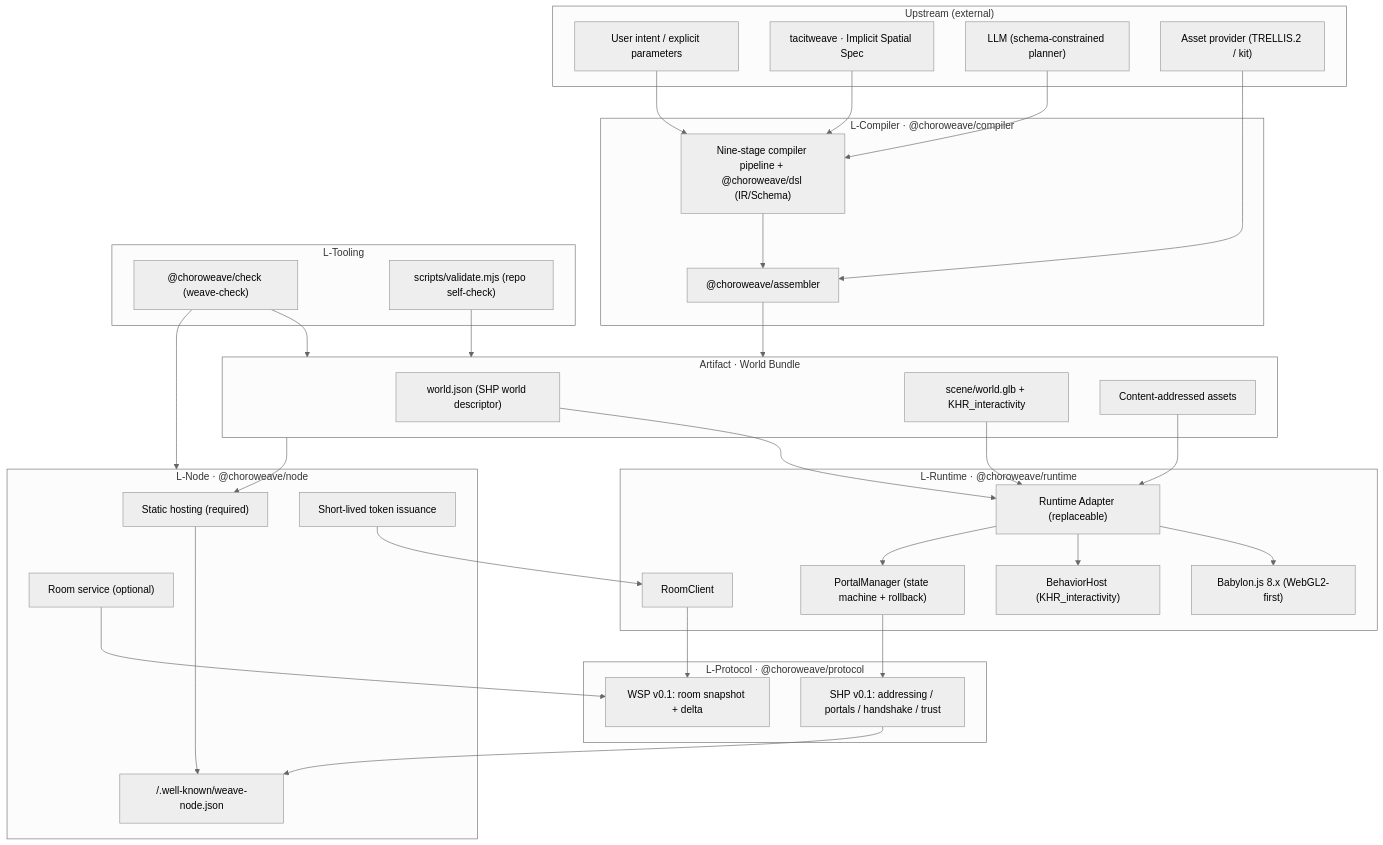
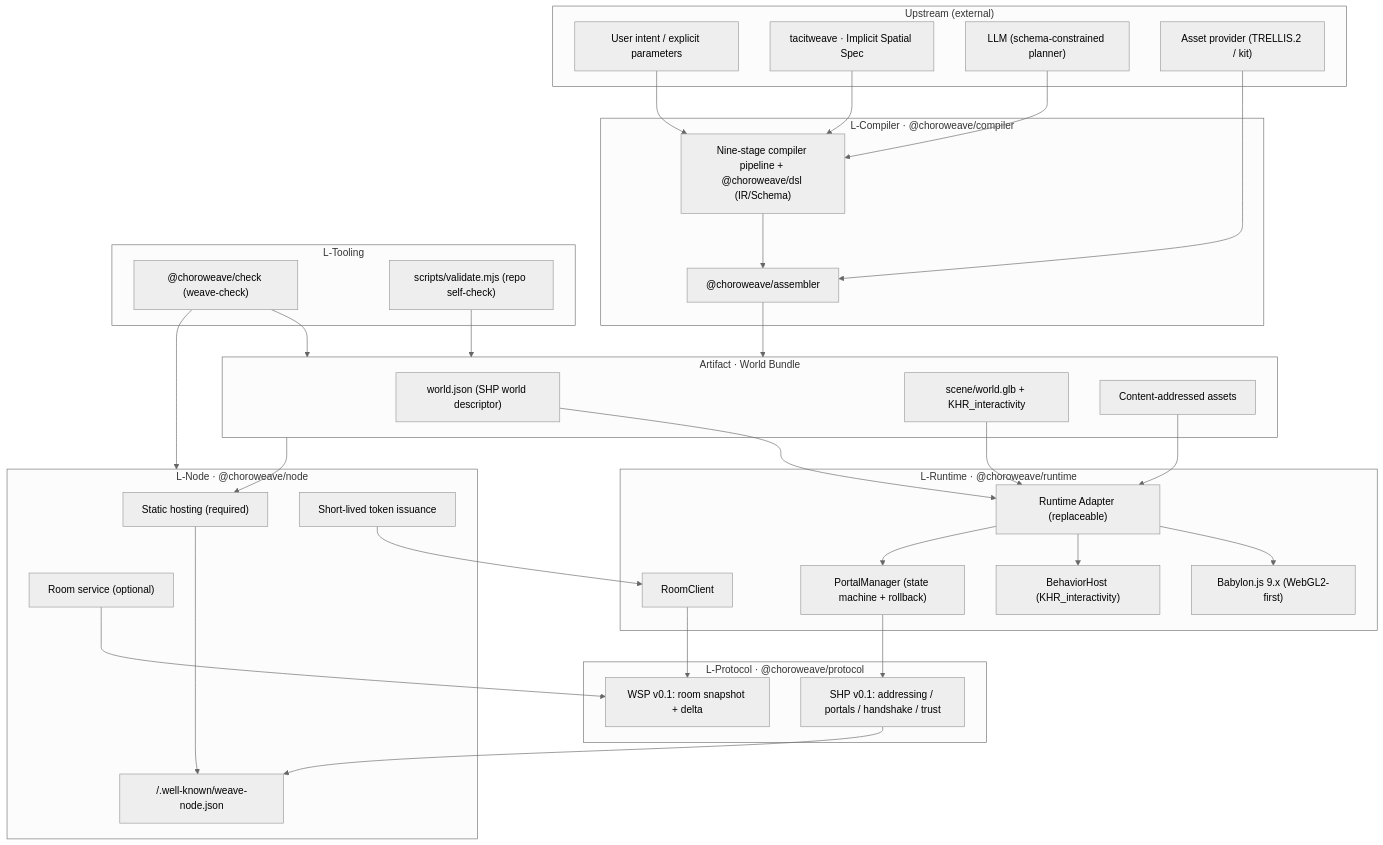
Before and after one commit to haeliotang/choroweave: the first of 4 diagrams in docs/en/03-architecture.md, drawn with Mermaid (neutral theme). The commit also changed other lines of this file and 30 other files, not shown here.

````diff
--- a/docs/en/03-architecture.md
+++ b/docs/en/03-architecture.md
@@ -24,61 +24,61 @@
 ```mermaid
 flowchart TB
   subgraph Inputs["Upstream (external)"]
     USER["User intent / explicit parameters"]
     ISS["tacitweave · Implicit Spatial Spec"]
     LLM["LLM (schema-constrained planner)"]
     GEN["Asset provider (TRELLIS.2 / kit)"]
   end
   subgraph Compiler["L-Compiler · @choroweave/compiler"]
     PIPE["Nine-stage compiler pipeline + @choroweave/dsl (IR/Schema)"]
     ASSEMBLER["@choroweave/assembler"]
   end
   subgraph Artifact["Artifact · World Bundle"]
     MANIFEST["world.json (SHP world descriptor)"]
     SCENE["scene/world.glb + KHR_interactivity"]
     ASSETS["Content-addressed assets"]
   end
   subgraph Protocol["L-Protocol · @choroweave/protocol"]
     SHP["SHP v0.1: addressing / portals / handshake / trust"]
     WSP["WSP v0.1: room snapshot + delta"]
   end
   subgraph Runtime["L-Runtime · @choroweave/runtime"]
     ADAPTER["Runtime Adapter (replaceable)"]
-    BABYLON["Babylon.js 8.x (WebGL2-first)"]
+    BABYLON["Babylon.js 9.x (WebGL2-first)"]
     BEHAVIOR["BehaviorHost (KHR_interactivity)"]
     PORTALMGR["PortalManager (state machine + rollback)"]
     ROOMC["RoomClient"]
   end
   subgraph NodeSide["L-Node · @choroweave/node"]
     STATIC["Static hosting (required)"]
     ROOMS["Room service (optional)"]
     WELLKNOWN["/.well-known/weave-node.json"]
     TOKEN["Short-lived token issuance"]
   end
   subgraph Tooling["L-Tooling"]
     CHECK["@choroweave/check (weave-check)"]
     VALIDATE["scripts/validate.mjs (repo self-check)"]
   end
 
   USER --> PIPE
   ISS --> PIPE
   LLM --> PIPE
   GEN --> ASSEMBLER
   PIPE --> ASSEMBLER --> Artifact
   Artifact --> STATIC
   STATIC --> WELLKNOWN
   MANIFEST --> ADAPTER
   SCENE --> ADAPTER
   ASSETS --> ADAPTER
   ADAPTER --> BABYLON
   ADAPTER --> BEHAVIOR
   ADAPTER --> PORTALMGR
   PORTALMGR --> SHP
   ROOMC --> WSP
   ROOMS --> WSP
   TOKEN --> ROOMC
   SHP --> WELLKNOWN
   CHECK --> Artifact
   CHECK --> NodeSide
   VALIDATE --> Artifact
 ```
````
